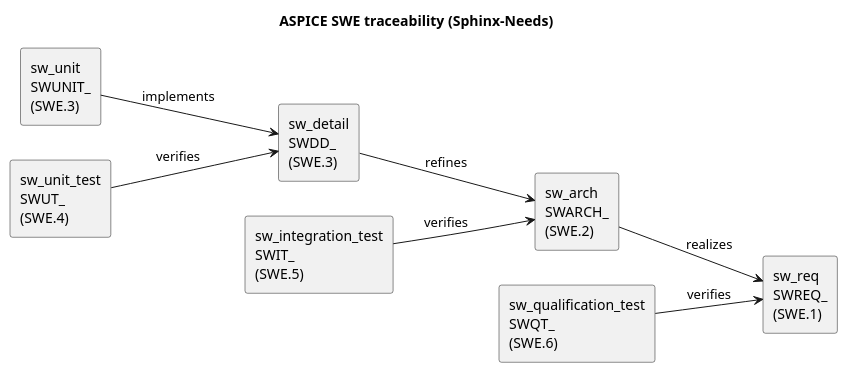
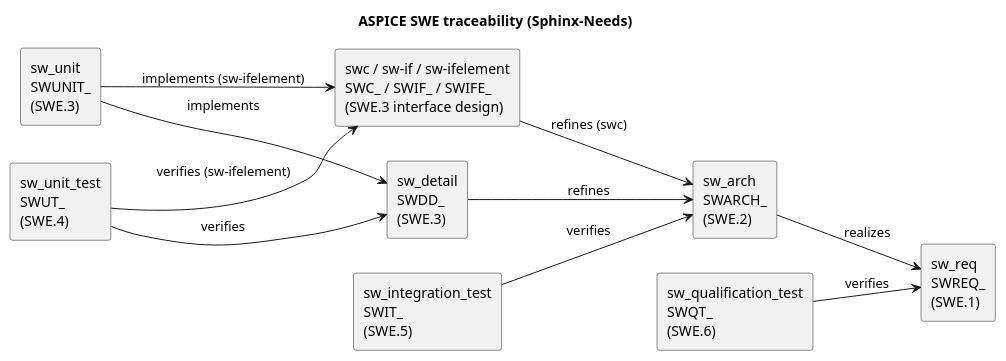
The diagram in .agents/sweTraceability.puml (LinhTrucVo/Bico_Protocol_Bridge), drawn with PlantUML before and after one commit. The commit also changed 53 other files, not shown here.

Commit message:
re locate the swc interface

```diff
--- a/.agents/sweTraceability.puml
+++ b/.agents/sweTraceability.puml
@@ -1,23 +1,27 @@
 @startuml
 title ASPICE SWE traceability (Sphinx-Needs)
 
 left to right direction
 
 rectangle "sw_req\nSWREQ_\n(SWE.1)" as REQ
 rectangle "sw_arch\nSWARCH_\n(SWE.2)" as ARCH
 rectangle "sw_detail\nSWDD_\n(SWE.3)" as DD
+rectangle "swc / sw-if / sw-ifelement\nSWC_ / SWIF_ / SWIFE_\n(SWE.3 interface design)" as IFD
 rectangle "sw_unit\nSWUNIT_\n(SWE.3)" as UNIT
 
 rectangle "sw_qualification_test\nSWQT_\n(SWE.6)" as QT
 rectangle "sw_integration_test\nSWIT_\n(SWE.5)" as IT
 rectangle "sw_unit_test\nSWUT_\n(SWE.4)" as UT
 
 ARCH --> REQ : realizes
 DD --> ARCH : refines
+IFD --> ARCH : refines (swc)
 UNIT --> DD : implements
+UNIT --> IFD : implements (sw-ifelement)
 
 UT --> DD : verifies
+UT --> IFD : verifies (sw-ifelement)
 IT --> ARCH : verifies
 QT --> REQ : verifies
 
 @enduml
```
